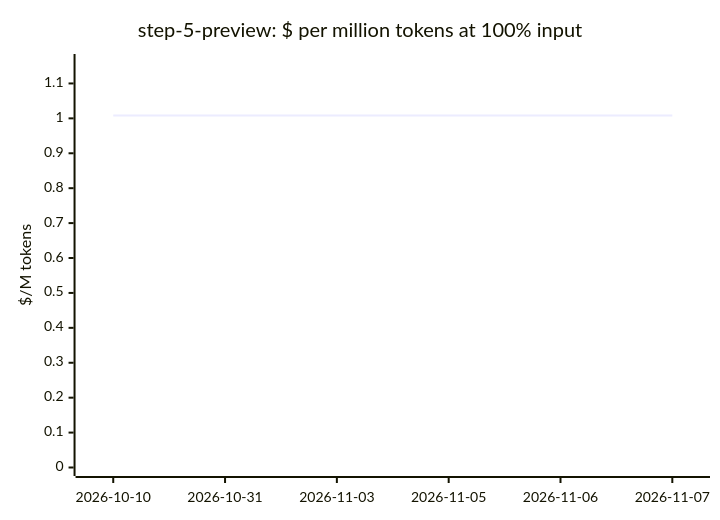
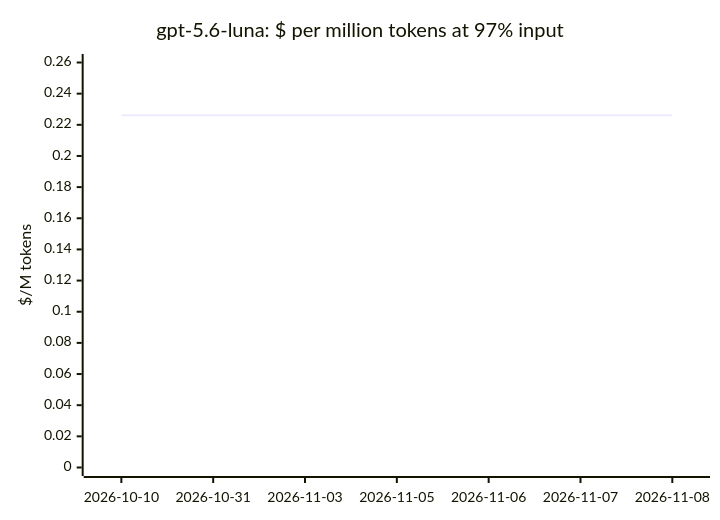
Before and after one commit to cklukas/OMEGA_TRANSFORM: diagram 14 of 20 in docs/openrouter-models.md, drawn with Mermaid. The commit also changed other lines of this file and 47 other files, not shown here.

````diff
--- a/docs/openrouter-models.md
+++ b/docs/openrouter-models.md
@@ -257,7 +258,7 @@
 ```mermaid
 xychart-beta
-    title "step-5-preview: $ per million tokens at 100% input"
-    x-axis ["2026-10-10", "2026-10-31", "2026-11-03", "2026-11-05", "2026-11-06", "2026-11-07"]
-    y-axis "$/M tokens" 0 --> 1.16
-    line [1.008, 1.008, 1.008, 1.008, 1.008, 1.008]
+    title "gpt-5.6-luna: $ per million tokens at 97% input"
+    x-axis ["2026-10-10", "2026-10-31", "2026-11-03", "2026-11-05", "2026-11-06", "2026-11-07", "2026-11-08"]
+    y-axis "$/M tokens" 0 --> 0.26
+    line [0.2261, 0.2261, 0.2261, 0.2261, 0.2261, 0.2261, 0.2261]
 ```
````
